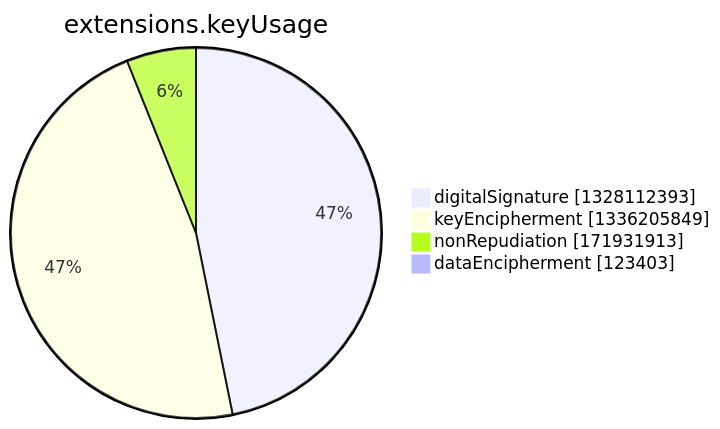
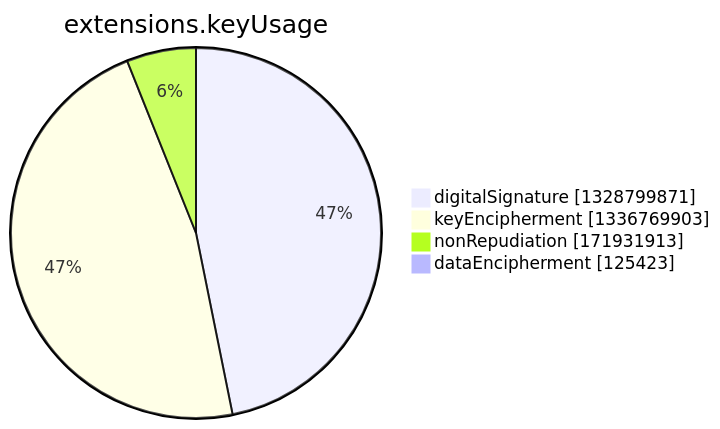
The seventh of 15 diagrams in argon2022/README.md (christiankrug/ctmonitor_visualization), drawn with Mermaid before and after one commit. The commit also changed other lines of this file, not shown here.

````diff
--- a/argon2022/README.md
+++ b/argon2022/README.md
@@ -2750,8 +2750,8 @@
 ```mermaid
 pie showData
 title extensions.keyUsage
-"digitalSignature" :1328112393
-"keyEncipherment" :1336205849
+"digitalSignature" :1328799871
+"keyEncipherment" :1336769903
 "nonRepudiation" :171931913
-"dataEncipherment" :123403
+"dataEncipherment" :125423
 ```
````
